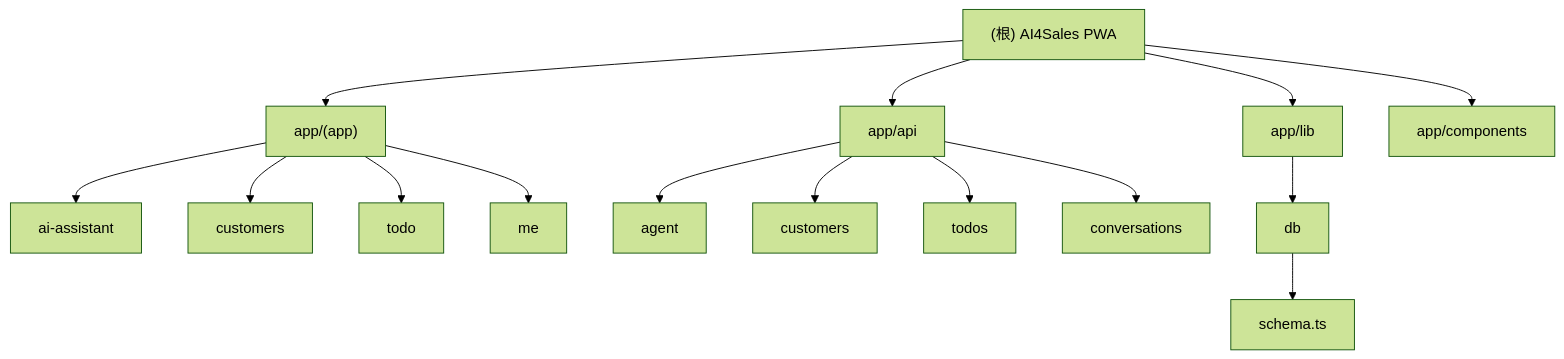
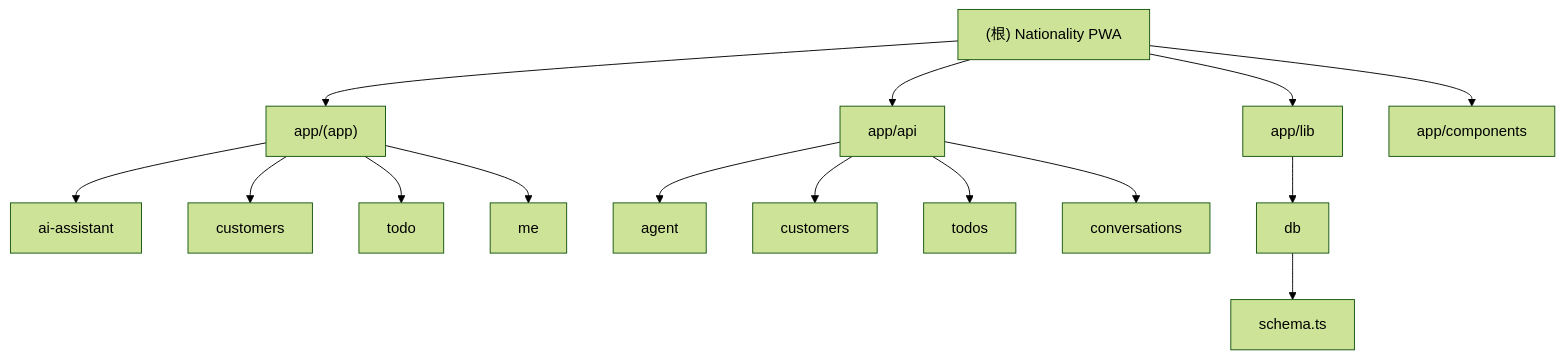
Before and after one commit to glide-the/bai-ui-narrative-assets: the second of 3 diagrams in CLAUDE.md, drawn with Mermaid (forest theme). The commit also changed other lines of this file and 24 other files, not shown here.

First line of the commit message:
refactor: rename ai4sales to nationality across the repository

````diff
--- a/CLAUDE.md
+++ b/CLAUDE.md
@@ -129,25 +129,25 @@
 ```mermaid
 graph TD
-    A["(根) AI4Sales PWA"] --> B["app/(app)"];
+    A["(根) Nationality PWA"] --> B["app/(app)"];
     A --> C["app/api"];
     A --> D["app/lib"];
     A --> E["app/components"];
 
     B --> B1["ai-assistant"];
     B --> B2["customers"];
     B --> B3["todo"];
     B --> B4["me"];
 
     C --> C1["agent"];
     C --> C2["customers"];
     C --> C3["todos"];
     C --> C4["conversations"];
 
     D --> D1["db"];
     D1 --> D1a["schema.ts"];
 
     click B "./app/(app)/CLAUDE.md" "查看前端页面模块文档"
     click C "./app/api/CLAUDE.md" "查看 API 路由模块文档"
     click D "./app/lib/CLAUDE.md" "查看业务逻辑模块文档"
     click E "./app/components/CLAUDE.md" "查看共享组件模块文档"
 ```
````
